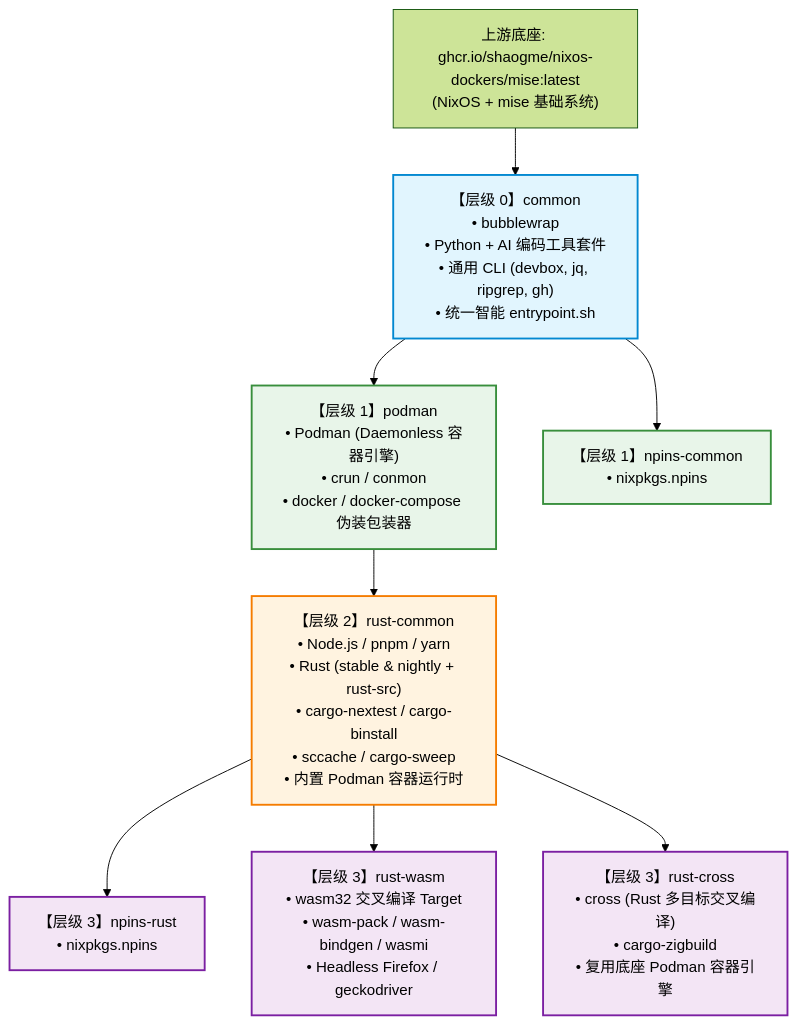
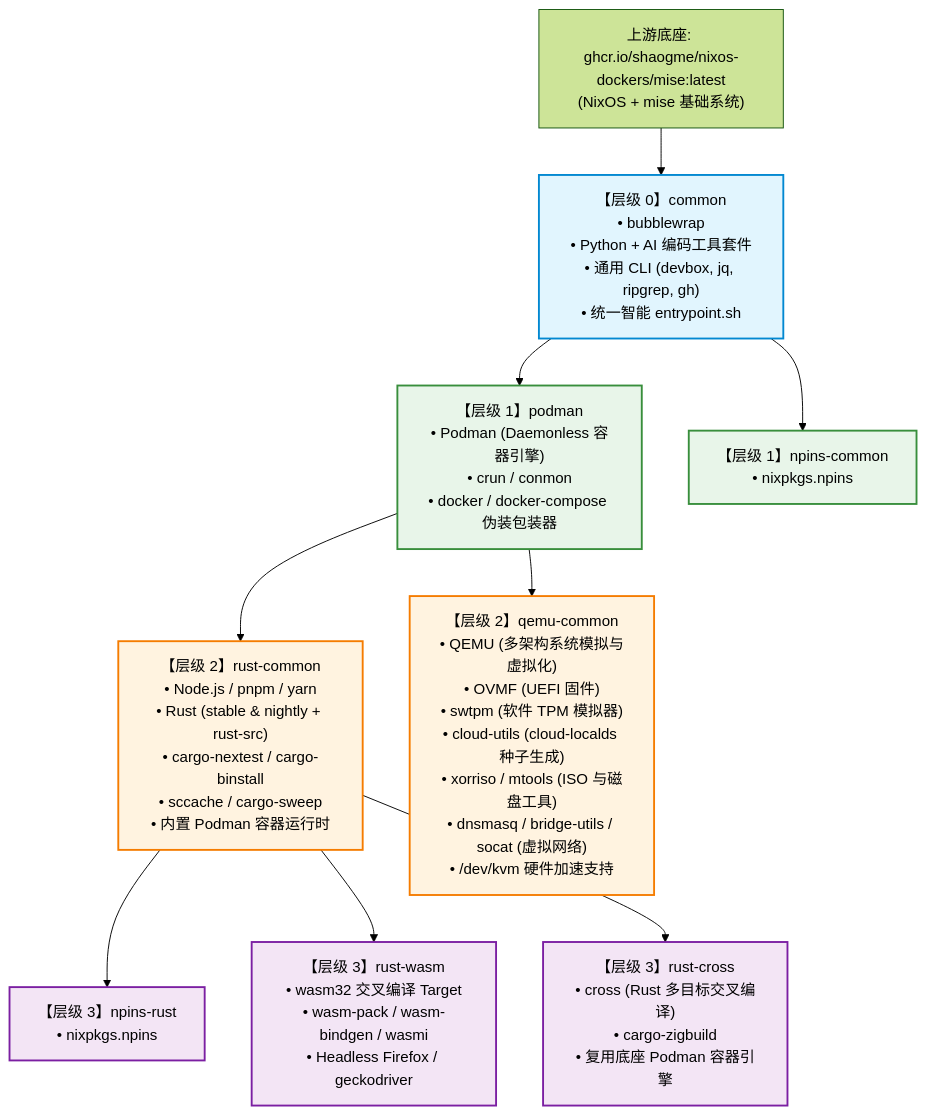
One commit to shaogme/coding-images changed the first of 5 diagrams in README.md. Above: the diagram before and after it, drawn with Mermaid (forest theme). The commit also changed other lines of this file and 7 other files, not shown here.

````diff
--- a/README.md
+++ b/README.md
@@ -59,36 +60,39 @@
 ```mermaid
 flowchart TD
     Upstream["上游底座: ghcr.io/shaogme/nixos-dockers/mise:latest<br/>(NixOS + mise 基础系统)"]
     
     Common["【层级 0】common<br/>• bubblewrap<br/>• Python + AI 编码工具套件<br/>• 通用 CLI (devbox, jq, ripgrep, gh)<br/>• 统一智能 entrypoint.sh"]
 
     Podman["【层级 1】podman<br/>• Podman (Daemonless 容器引擎)<br/>• crun / conmon<br/>• docker / docker-compose 伪装包装器"]
     
     NpinsCommon["【层级 1】npins-common<br/>• nixpkgs.npins"]
 
     RustCommon["【层级 2】rust-common<br/>• Node.js / pnpm / yarn<br/>• Rust (stable & nightly + rust-src)<br/>• cargo-nextest / cargo-binstall<br/>• sccache / cargo-sweep<br/>• 内置 Podman 容器运行时"]
+
+    QemuCommon["【层级 2】qemu-common<br/>• QEMU (多架构系统模拟与虚拟化)<br/>• OVMF (UEFI 固件)<br/>• swtpm (软件 TPM 模拟器)<br/>• cloud-utils (cloud-localds 种子生成)<br/>• xorriso / mtools (ISO 与磁盘工具)<br/>• dnsmasq / bridge-utils / socat (虚拟网络)<br/>• /dev/kvm 硬件加速支持"]
     
     RustWasm["【层级 3】rust-wasm<br/>• wasm32 交叉编译 Target<br/>• wasm-pack / wasm-bindgen / wasmi<br/>• Headless Firefox / geckodriver"]
     
     RustCross["【层级 3】rust-cross<br/>• cross (Rust 多目标交叉编译)<br/>• cargo-zigbuild<br/>• 复用底座 Podman 容器引擎"]
 
     NpinsRust["【层级 3】npins-rust<br/>• nixpkgs.npins"]
 
     Upstream --> Common
     Common --> Podman
     Common --> NpinsCommon
     Podman --> RustCommon
+    Podman --> QemuCommon
     RustCommon --> NpinsRust
     RustCommon --> RustWasm
     RustCommon --> RustCross
 
     classDef base fill:#e1f5fe,stroke:#0288d1,stroke-width:2px;
     classDef l1 fill:#e8f5e9,stroke:#388e3c,stroke-width:2px;
     classDef l2 fill:#fff3e0,stroke:#f57c00,stroke-width:2px;
     classDef l3 fill:#f3e5f5,stroke:#7b1fa2,stroke-width:2px;
 
     class Common base;
     class Podman,NpinsCommon l1;
-    class RustCommon l2;
+    class RustCommon,QemuCommon l2;
     class NpinsRust,RustWasm,RustCross l3;
 ```
````
